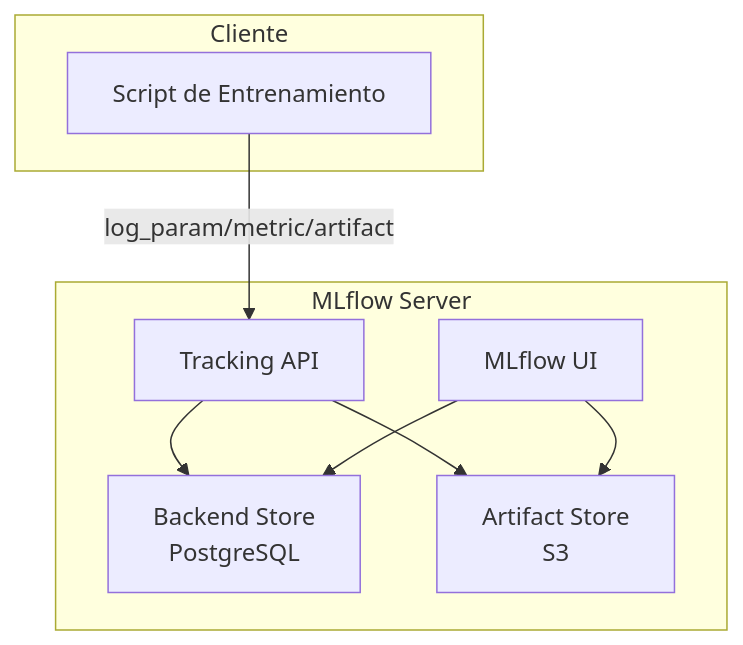
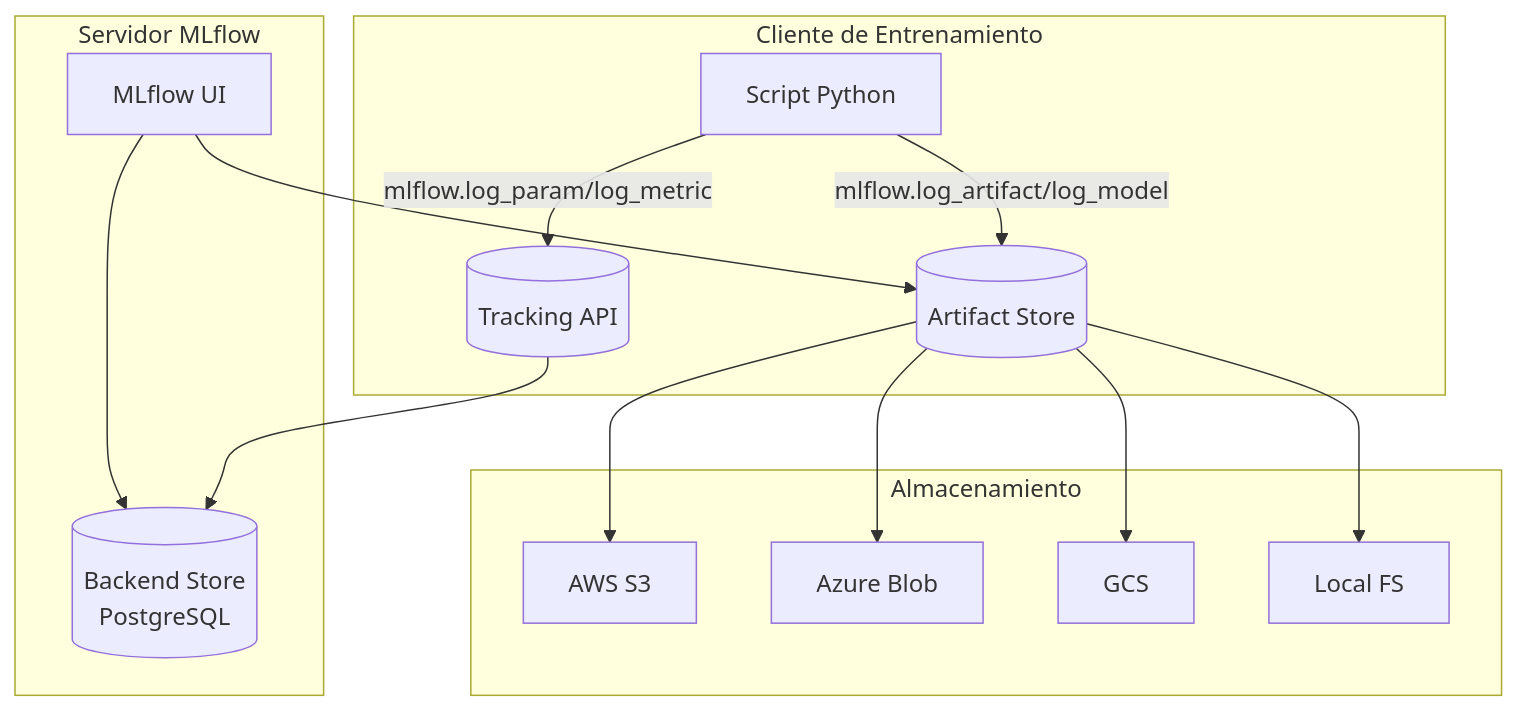
Before and after one commit to Leito2/Learning: the first of 3 diagrams in SW-ML-AI Engineering/05 - MLOps y Produccion/18 - Experiment Tracking y Model Registry/01 - MLflow y Tracking de Experimentos.md, drawn with Mermaid. The commit also changed other lines of this file and 58 other files, not shown here.

````diff
--- a/SW-ML-AI Engineering/05 - MLOps y Produccion/18 - Experiment Tracking y Model Registry/01 - MLflow y Tracking de Experimentos.md
+++ b/SW-ML-AI Engineering/05 - MLOps y Produccion/18 - Experiment Tracking y Model Registry/01 - MLflow y Tracking de Experimentos.md
@@ -38,17 +81,18 @@
 ```mermaid
 graph TB
-    subgraph Cliente
-        A[Script de Entrenamiento]
+    subgraph "Cliente de Entrenamiento"
+        A[Script Python] -->|mlflow.log_param/log_metric| B[(Tracking API)]
+        A -->|mlflow.log_artifact/log_model| C[(Artifact Store)]
     end
-    subgraph MLflow Server
-        B[Tracking API]
-        C[Backend Store<br/>PostgreSQL]
-        D[Artifact Store<br/>S3]
-        E[MLflow UI]
+    subgraph "Servidor MLflow"
+        B --> D[(Backend Store<br/>PostgreSQL)]
+        E[MLflow UI] --> D
+        E --> C
     end
-    A -->|log_param/metric/artifact| B
-    B --> C
-    B --> D
-    E --> C
-    E --> D
+    subgraph "Almacenamiento"
+        C --> F[AWS S3]
+        C --> G[Azure Blob]
+        C --> H[GCS]
+        C --> I[Local FS]
+    end
 ```
````
